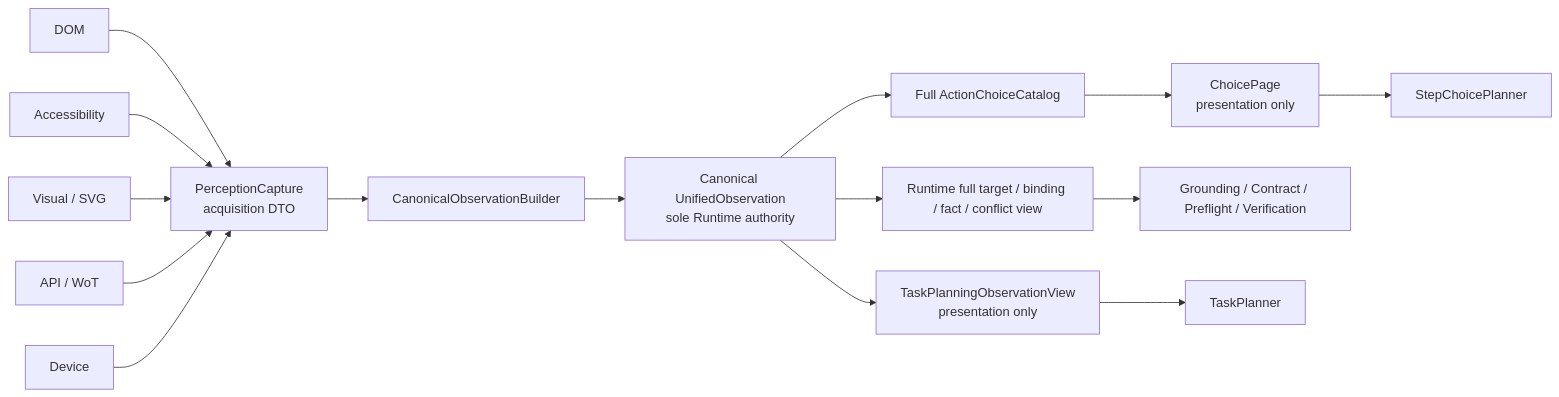
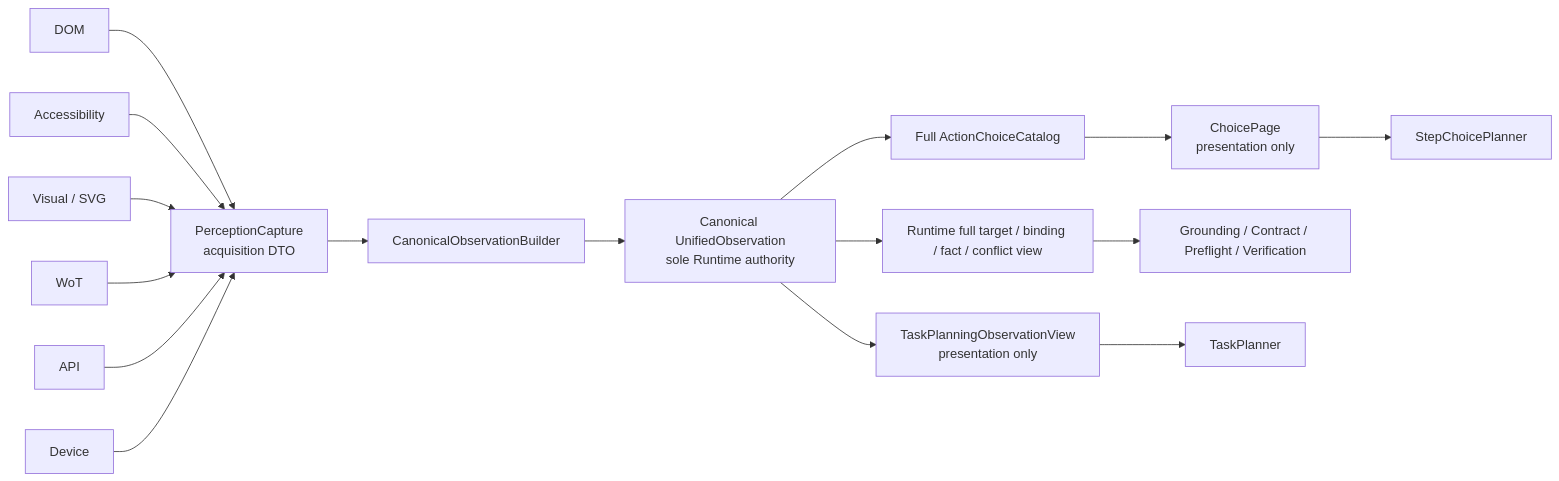
One commit to Garrulus21yyx/affordance-runtime changed the eighth of 8 diagrams in docs/superpowers/specs/2026-08-05-task-contract-centered-runtime-authoritative-architecture.md. Above: the diagram before and after it, drawn with Mermaid. The commit also changed other lines of this file and 157 other files, not shown here.

````diff
--- a/docs/superpowers/specs/2026-08-05-task-contract-centered-runtime-authoritative-architecture.md
+++ b/docs/superpowers/specs/2026-08-05-task-contract-centered-runtime-authoritative-architecture.md
@@ -1323,17 +1406,18 @@
 ```mermaid
 flowchart LR
     DOM["DOM"] --> CAP["PerceptionCapture<br/>acquisition DTO"]
     AX["Accessibility"] --> CAP
     VIS["Visual / SVG"] --> CAP
-    API["API / WoT"] --> CAP
+    WOT["WoT"] --> CAP
+    API["API"] --> CAP
     DEV["Device"] --> CAP
     CAP --> COB["CanonicalObservationBuilder"]
     COB --> UO["Canonical UnifiedObservation<br/>sole Runtime authority"]
     UO --> RV["Runtime full target / binding / fact / conflict view"]
     UO --> TPV["TaskPlanningObservationView<br/>presentation only"]
     UO --> CAT["Full ActionChoiceCatalog"]
     CAT --> CP["ChoicePage<br/>presentation only"]
     RV --> GR["Grounding / Contract / Preflight / Verification"]
     TPV --> TPL["TaskPlanner"]
     CP --> SPL["StepChoicePlanner"]
 ```
````
